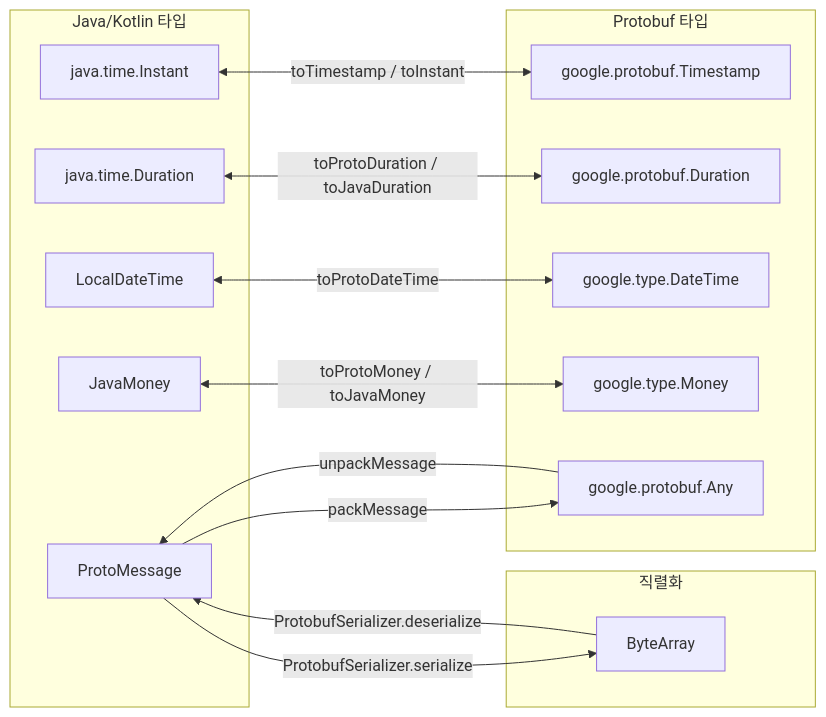
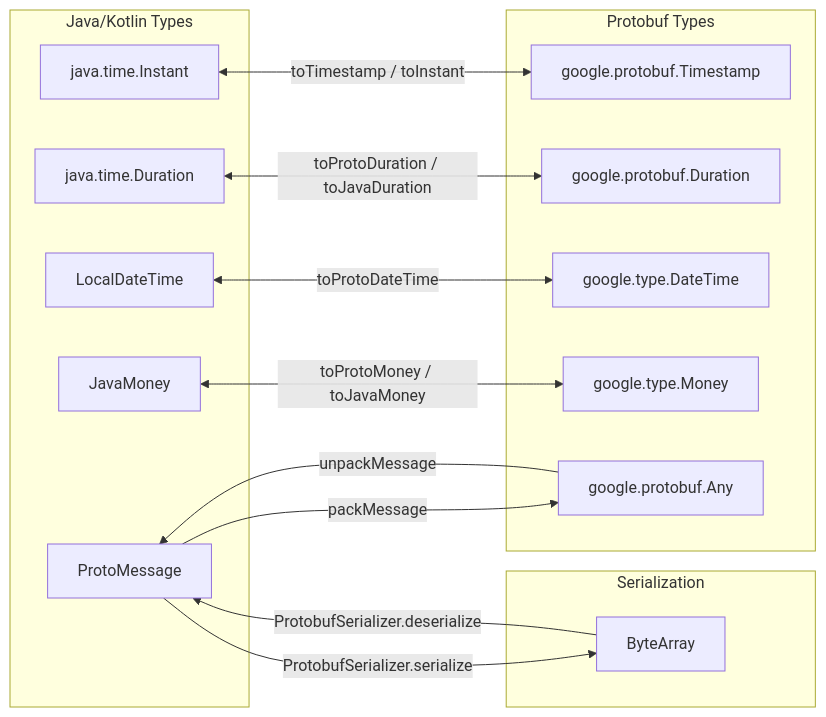
One commit to bluetape4k/bluetape4k-projects changed the second of 3 diagrams in io/protobuf/README.md. Above: the diagram before and after it, drawn with Mermaid. The commit also changed other lines of this file and 265 other files, not shown here.

````diff
--- a/io/protobuf/README.md
+++ b/io/protobuf/README.md
@@ -167,31 +169,31 @@
 ```mermaid
 flowchart LR
-    subgraph Java_Types["Java/Kotlin 타입"]
+    subgraph Java_Types["Java/Kotlin Types"]
         INS[java.time.Instant]
         DUR[java.time.Duration]
         LDT[LocalDateTime]
         JM[JavaMoney]
         MSG[ProtoMessage]
     end
 
-    subgraph Proto_Types["Protobuf 타입"]
+    subgraph Proto_Types["Protobuf Types"]
         TS[google.protobuf.Timestamp]
         PD[google.protobuf.Duration]
         DT[google.type.DateTime]
         PM[google.type.Money]
         ANY[google.protobuf.Any]
     end
 
-    subgraph 직렬화
+    subgraph Serialization
         BA[ByteArray]
     end
 
     INS <-->|toTimestamp / toInstant| TS
     DUR <-->|toProtoDuration / toJavaDuration| PD
     LDT <-->|toProtoDateTime| DT
     JM <-->|toProtoMoney / toJavaMoney| PM
     MSG -->|packMessage| ANY
     ANY -->|unpackMessage| MSG
     MSG -->|ProtobufSerializer.serialize| BA
     BA -->|ProtobufSerializer.deserialize| MSG
 ```
````
